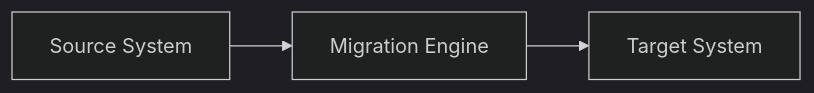
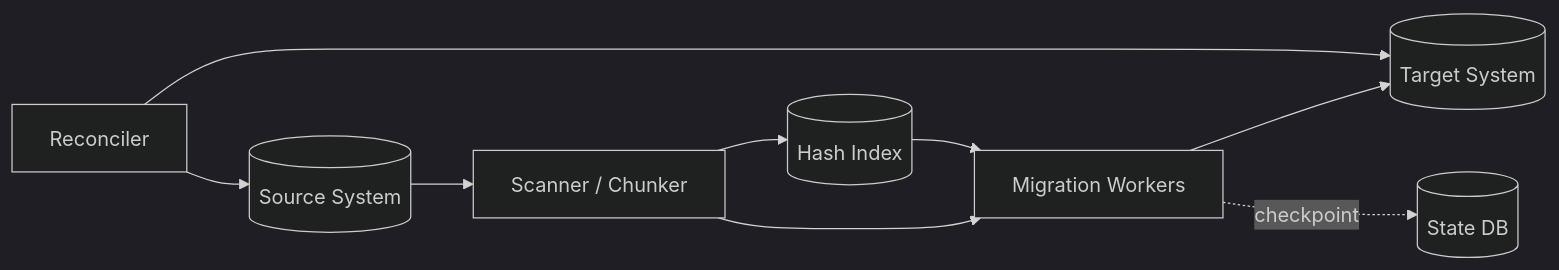
Before and after one commit to huangsam/systology: the diagram in site/content/designs/migration-dedup.md, drawn with Mermaid (dark theme). The commit also changed other lines of this file, not shown here.

Commit message:
Implement migration-dedup.md

```diff
--- a/site/content/designs/migration-dedup.md
+++ b/site/content/designs/migration-dedup.md
@@ -22,5 +22,11 @@
 {{< mermaid >}}
 graph LR
-  Source[Source System] --> Engine[Migration Engine]
-  Engine --> Target[Target System]
+  Source[(Source System)] --> Scanner[Scanner / Chunker]
+  Scanner --> HashIndex[(Hash Index)]
+  Scanner --> Migrator[Migration Workers]
+  HashIndex --> Migrator
+  Migrator --> Target[(Target System)]
+  Migrator -.->|checkpoint| StateDB[(State DB)]
+  Reconciler[Reconciler] --> Source
+  Reconciler --> Target
 {{< /mermaid >}}
```
